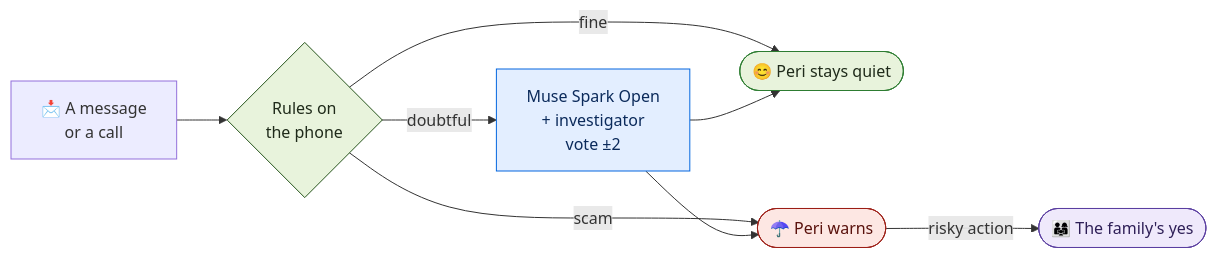
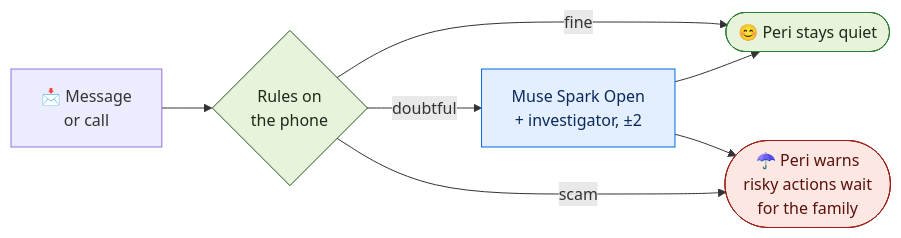
One commit to Ruby570bocadito/FriendlyPear changed the diagram in README.md. Above: the diagram before and after it, drawn with Mermaid.

Commit message:
docs(readme): el diagrama de cómo decide, una columna menos para que quepa entero

````diff
--- a/README.md
+++ b/README.md
@@ -94,20 +94,17 @@
 ```mermaid
 flowchart LR
-    A["📩 A message<br/>or a call"] --> B{"Rules on<br/>the phone"}
+    A["📩 Message<br/>or call"] --> B{"Rules on<br/>the phone"}
     B -->|fine| Q(["😊 Peri stays quiet"])
-    B -->|scam| W(["☂️ Peri warns"])
-    B -->|doubtful| M["Muse Spark Open<br/>+ investigator<br/>vote ±2"]
+    B -->|doubtful| M["Muse Spark Open<br/>+ investigator, ±2"]
+    B -->|scam| W(["☂️ Peri warns<br/>risky actions wait<br/>for the family"])
     M --> Q
     M --> W
-    W -->|risky action| G(["👨‍👩‍👧 The family's yes"])
     classDef rules fill:#E8F3DC,stroke:#25541A,color:#1F2A1A
     classDef quiet fill:#E8F3DC,stroke:#2E7D32,color:#1F2A1A
     classDef warn fill:#FDE7E3,stroke:#9C1F17,color:#5A120D
     classDef model fill:#E3EEFF,stroke:#0467DF,color:#0B2A5B
-    classDef family fill:#EFE9FB,stroke:#5B3FA0,color:#2E1F57
     class B rules
     class Q quiet
     class W warn
     class M model
-    class G family
 ```
````
